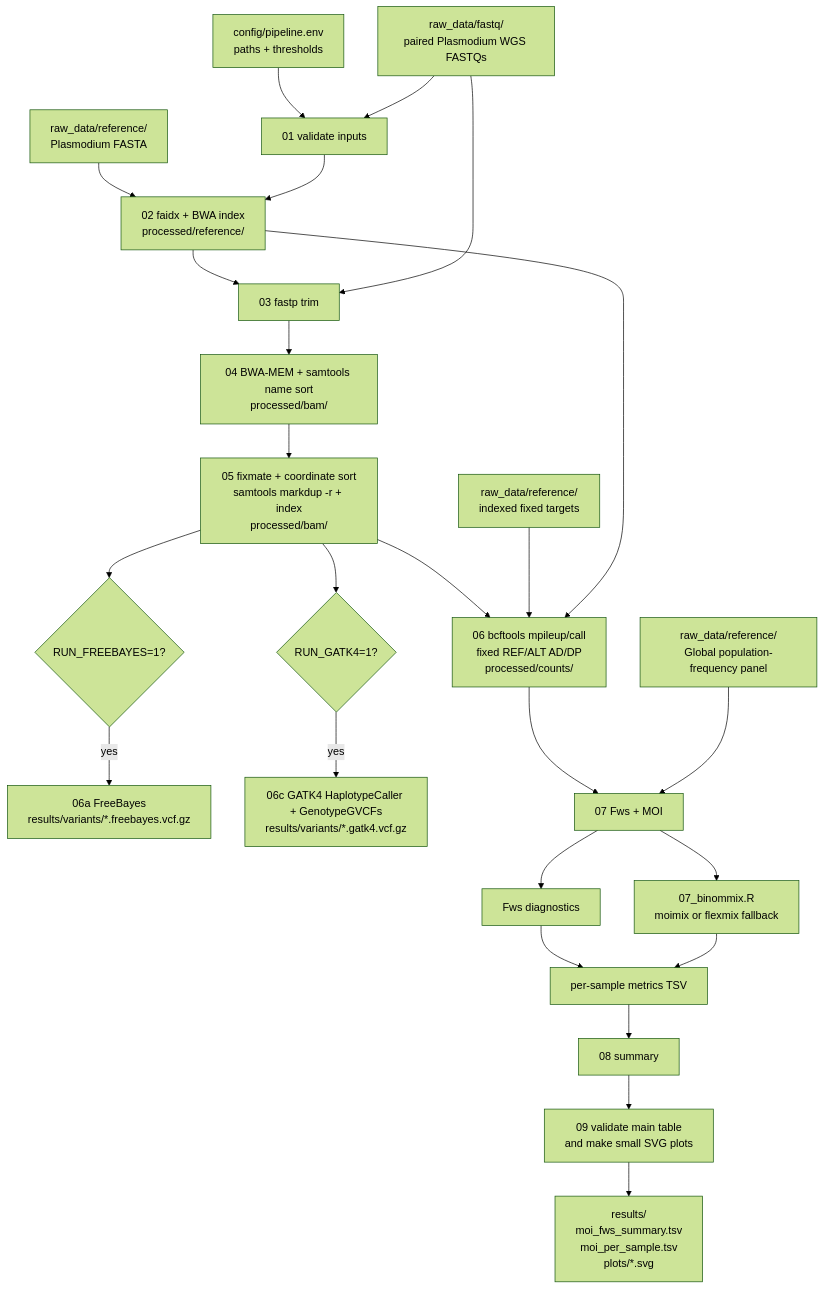
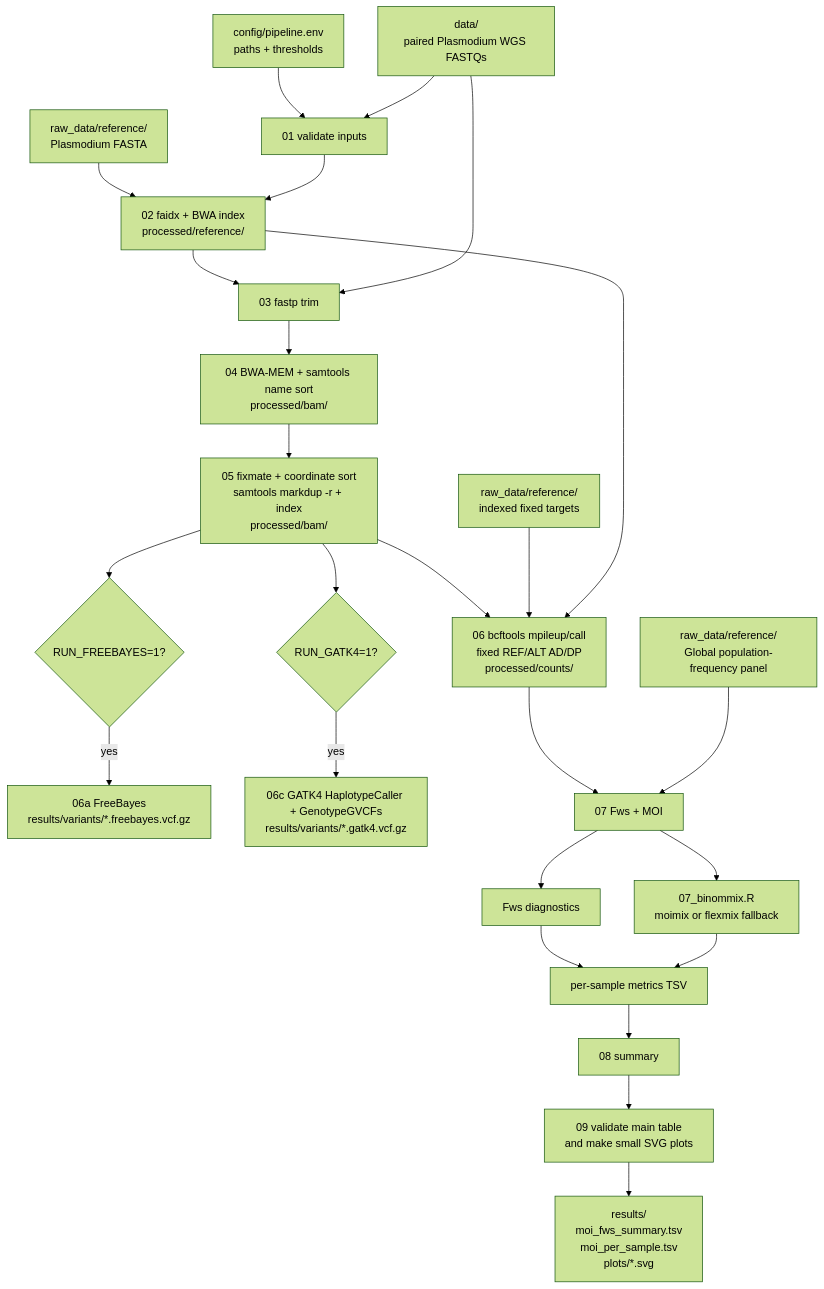
One commit to JMittelbach/moi_pipeline_wgs changed the diagram in README.md. Above: the diagram before and after it, drawn with Mermaid (forest theme). The commit also changed other lines of this file and 7 other files, not shown here.

````diff
--- a/README.md
+++ b/README.md
@@ -418,27 +445,27 @@
 ```mermaid
 flowchart TD
     CFG[config/pipeline.env<br/>paths + thresholds] --> V[01 validate inputs]
-    READS[raw_data/fastq/<br/>paired Plasmodium WGS FASTQs] --> V
+    READS[data/<br/>paired Plasmodium WGS FASTQs] --> V
     REF[raw_data/reference/<br/>Plasmodium FASTA] --> IDX[02 faidx + BWA index<br/>processed/reference/]
     V --> IDX
     IDX --> TRIM[03 fastp trim]
     READS --> TRIM
     TRIM --> ALIGN[04 BWA-MEM + samtools name sort<br/>processed/bam/]
     ALIGN --> DEDUP[05 fixmate + coordinate sort<br/>samtools markdup -r + index<br/>processed/bam/]
     DEDUP --> FB{RUN_FREEBAYES=1?}
     FB -->|yes| CALL[06a FreeBayes<br/>results/variants/*.freebayes.vcf.gz]
     DEDUP --> GK{RUN_GATK4=1?}
     GK -->|yes| GATK[06c GATK4 HaplotypeCaller + GenotypeGVCFs<br/>results/variants/*.gatk4.vcf.gz]
     DEDUP --> COUNTS[06 bcftools mpileup/call<br/>fixed REF/ALT AD/DP<br/>processed/counts/]
     TARGETS[raw_data/reference/<br/>indexed fixed targets] --> COUNTS
     IDX --> COUNTS
     COUNTS --> MET[07 Fws + MOI]
     PANEL[raw_data/reference/<br/>Global population-frequency panel] --> MET
     MET --> FWS[Fws diagnostics]
     MET --> MIX[07_binommix.R<br/>moimix or flexmix fallback]
     FWS --> PER[per-sample metrics TSV]
     MIX --> PER
     PER --> SUMMARY[08 summary]
     SUMMARY --> CHECK[09 validate main table<br/>and make small SVG plots]
     CHECK --> FINAL[results/<br/>moi_fws_summary.tsv<br/>moi_per_sample.tsv<br/>plots/*.svg]
 ```
````
